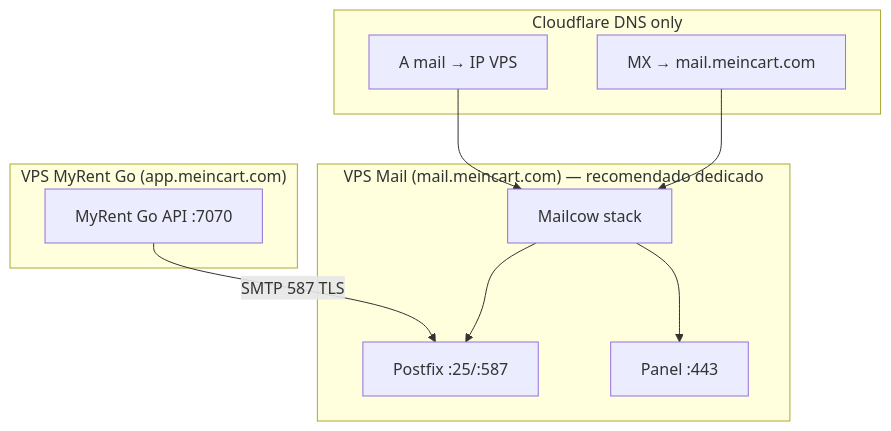
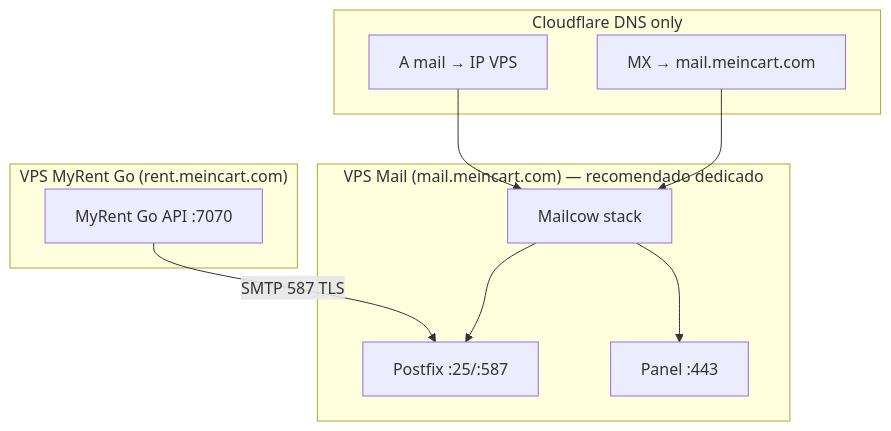
Before and after one commit to richardgarces/myrentgo: the diagram in docs/Cloudflare/mailcow.md, drawn with Mermaid. The commit also changed other lines of this file and 173 other files, not shown here.

````diff
--- a/docs/Cloudflare/mailcow.md
+++ b/docs/Cloudflare/mailcow.md
@@ -17,21 +17,21 @@
 ```mermaid
 graph TB
-    subgraph VPS_App["VPS MyRent Go (app.meincart.com)"]
+    subgraph VPS_App["VPS MyRent Go (rent.meincart.com)"]
         API[MyRent Go API :7070]
     end
 
     subgraph VPS_Mail["VPS Mail (mail.meincart.com) — recomendado dedicado"]
         MC[Mailcow stack]
         MC --> Postfix[Postfix :25/:587]
         MC --> UI[Panel :443]
     end
 
     subgraph CF["Cloudflare DNS only"]
         MX[MX → mail.meincart.com]
         A[A mail → IP VPS]
     end
 
     API -->|SMTP 587 TLS| Postfix
     MX --> MC
     A --> MC
 ```
````
